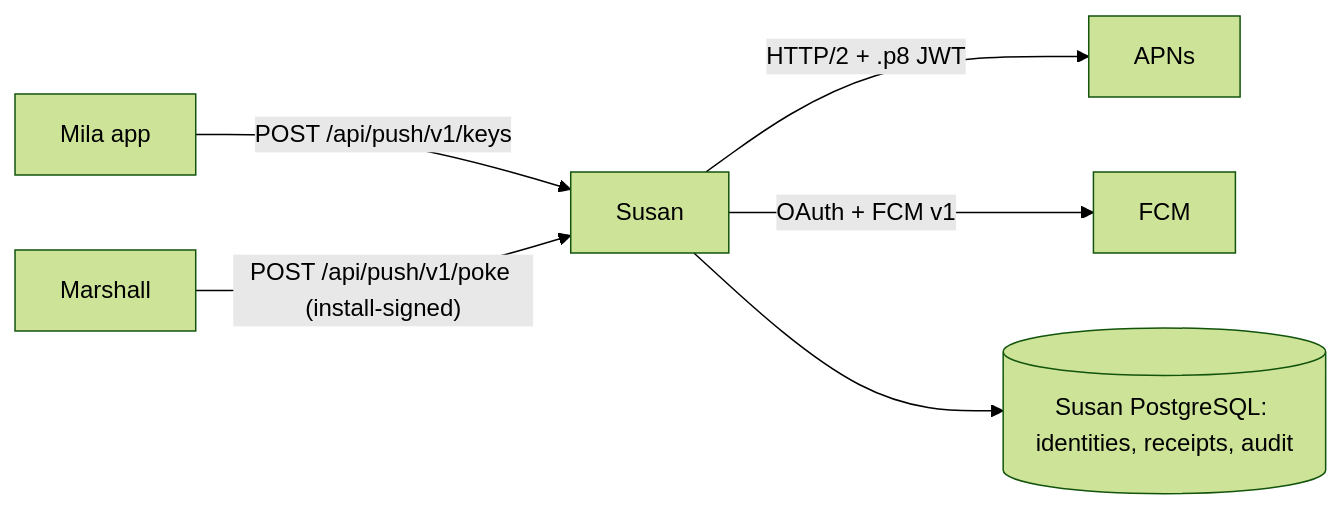
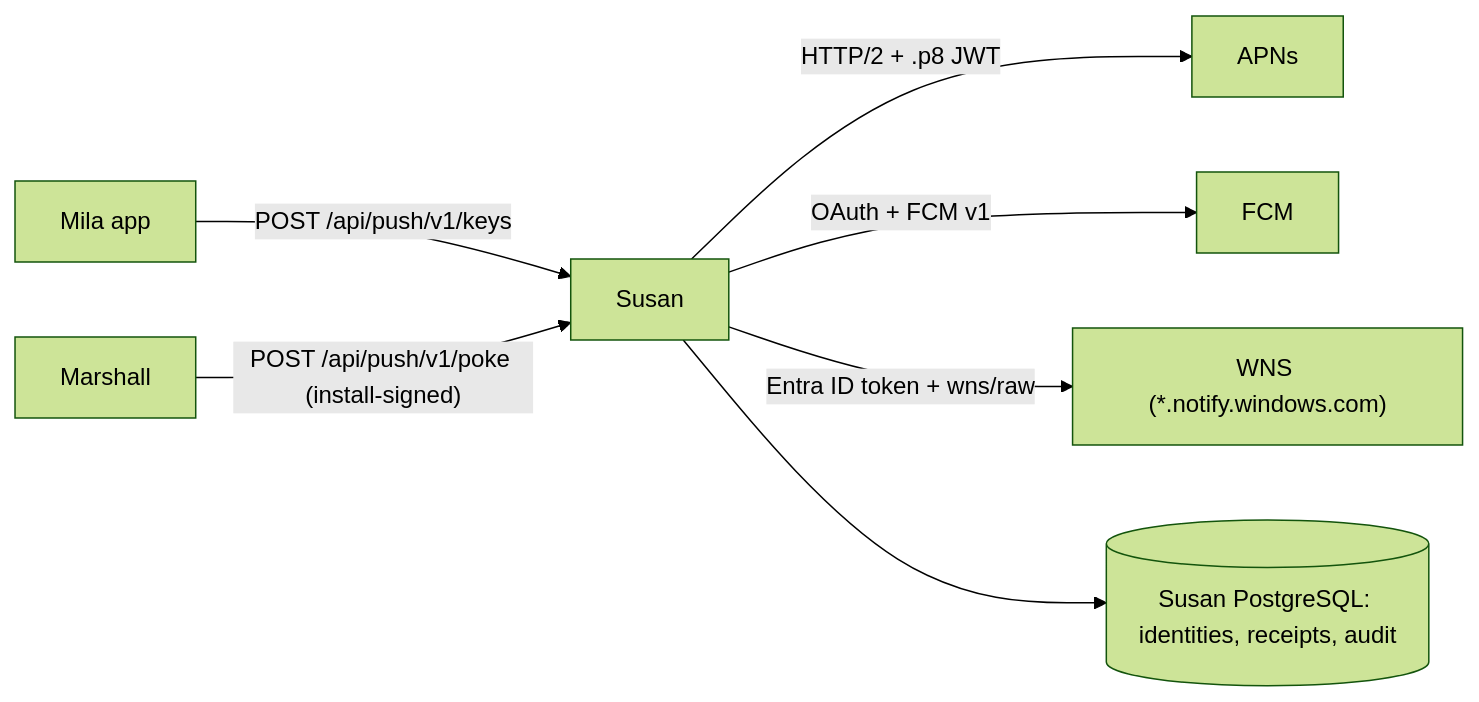
Before and after one commit to dlkeith-p-forks/overalls: the diagram in susan/README.md, drawn with Mermaid (forest theme). The commit also changed other lines of this file and 152 other files, not shown here.

````diff
--- a/susan/README.md
+++ b/susan/README.md
@@ -8,8 +9,9 @@
 ```mermaid
 flowchart LR
   Mila["Mila app"] -->|"POST /api/push/v1/keys"| Susan["Susan"]
   Marshall["Marshall"] -->|"POST /api/push/v1/poke (install-signed)"| Susan
   Susan -->|"HTTP/2 + .p8 JWT"| APNs["APNs"]
   Susan -->|"OAuth + FCM v1"| FCM["FCM"]
+  Susan -->|"Entra ID token + wns/raw"| WNS["WNS (*.notify.windows.com)"]
   Susan --> DB[("Susan PostgreSQL: identities, receipts, audit")]
 ```
````
